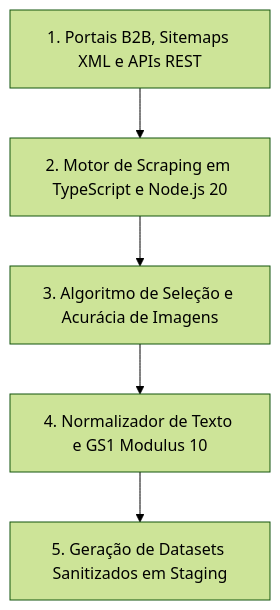
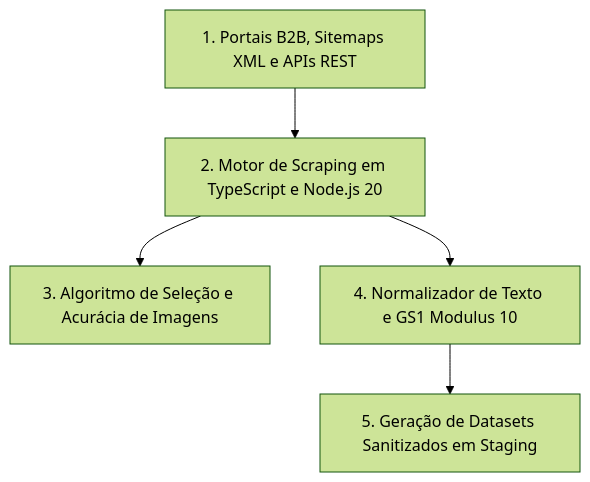
The diagram in docs/scrapers-multi-fornecedores.md (NaejBarbosa/paletscan-etl), drawn with Mermaid (forest theme) before and after one commit. The commit also changed other lines of this file and 19 other files, not shown here.

````diff
--- a/docs/scrapers-multi-fornecedores.md
+++ b/docs/scrapers-multi-fornecedores.md
@@ -24,7 +20,7 @@
 ```mermaid
 flowchart TD
     P1["1. Portais B2B, Sitemaps XML e APIs REST"] --> P2["2. Motor de Scraping em TypeScript e Node.js 20"]
     P2 --> P3["3. Algoritmo de Seleção e Acurácia de Imagens"]
-    P3 --> P4["4. Normalizador de Texto e GS1 Modulus 10"]
+    P2 --> P4["4. Normalizador de Texto e GS1 Modulus 10"]
     P4 --> P5["5. Geração de Datasets Sanitizados em Staging"]
 ```
````
